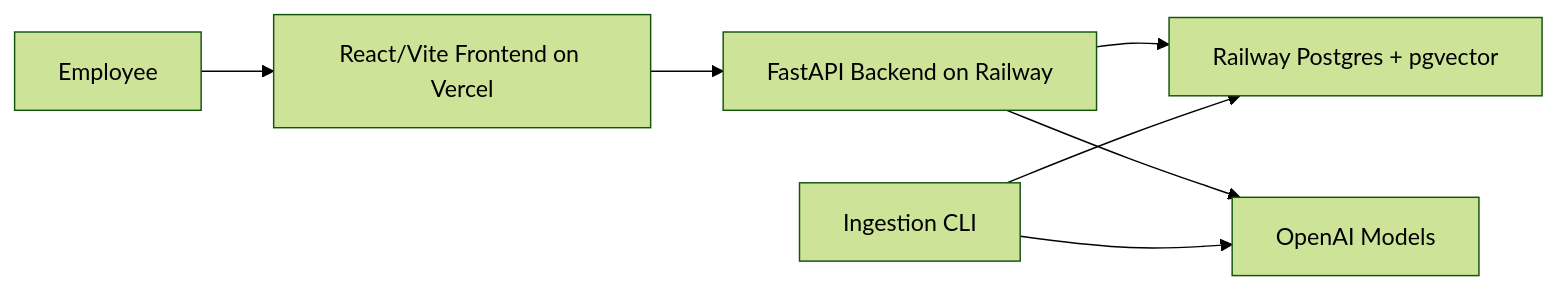
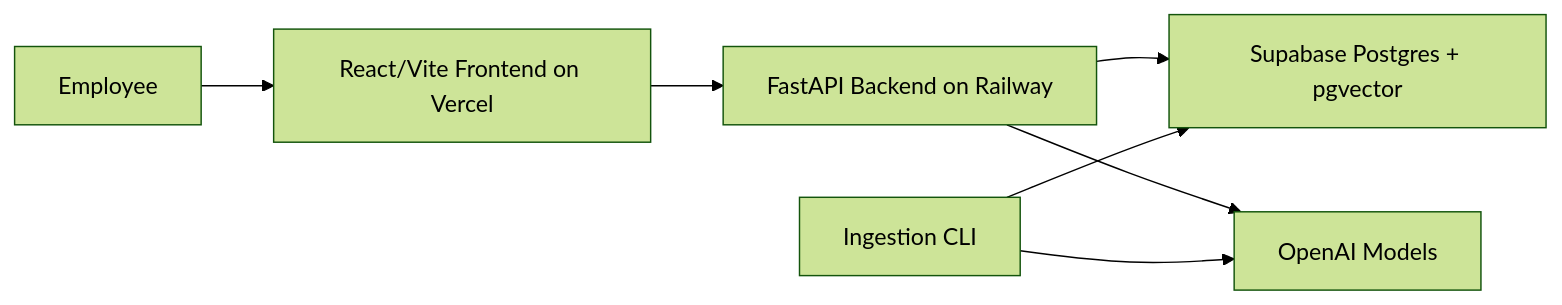
One commit to Shubham00-3/Enterprise-Knowledge-Assistant changed the diagram in docs/system-design.md. Above: the diagram before and after it, drawn with Mermaid (forest theme). The commit also changed other lines of this file and 4 other files, not shown here.

````diff
--- a/docs/system-design.md
+++ b/docs/system-design.md
@@ -9,9 +9,9 @@
 ```mermaid
 flowchart LR
   User["Employee"] --> UI["React/Vite Frontend on Vercel"]
   UI --> API["FastAPI Backend on Railway"]
-  API --> DB["Railway Postgres + pgvector"]
+  API --> DB["Supabase Postgres + pgvector"]
   API --> LLM["OpenAI Models"]
   CLI["Ingestion CLI"] --> DB
   CLI --> LLM
 ```
````
